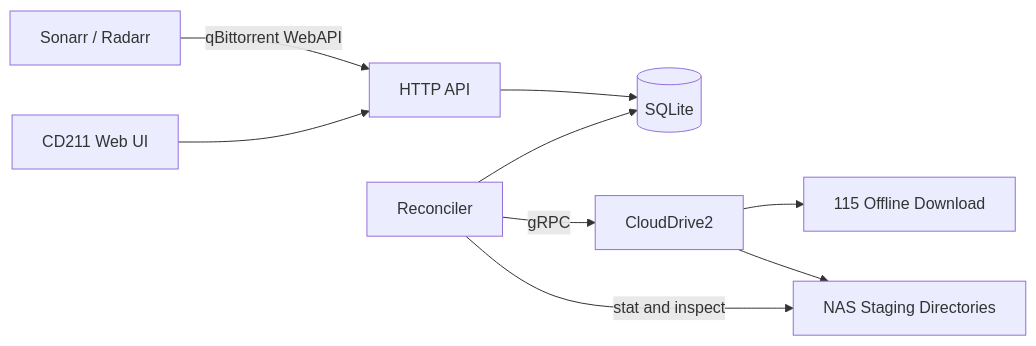
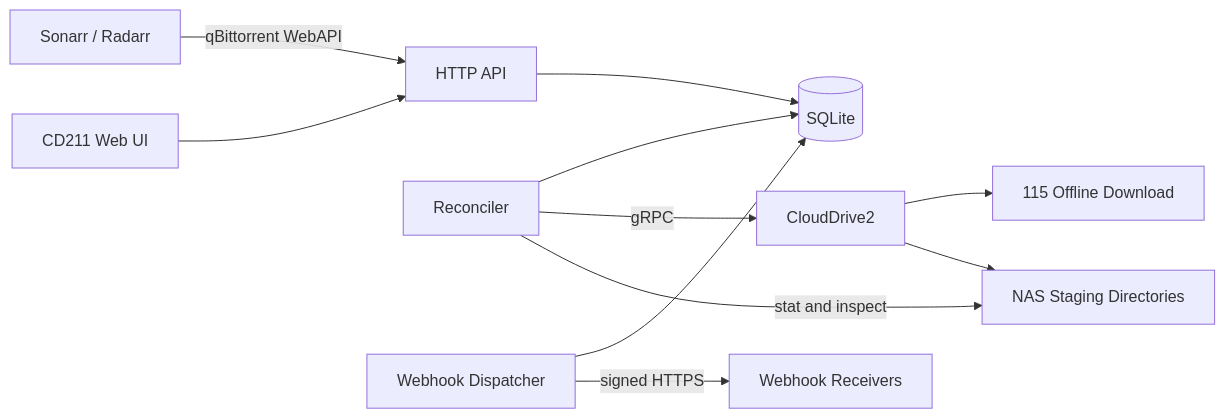
One commit to turygo/cd211 changed the first of 2 diagrams in docs/design.md. Above: the diagram before and after it, drawn with Mermaid. The commit also changed other lines of this file and 37 other files, not shown here.

````diff
--- a/docs/design.md
+++ b/docs/design.md
@@ -86,11 +99,13 @@
 ```mermaid
 flowchart LR
     ARR[Sonarr / Radarr] -->|qBittorrent WebAPI| API[HTTP API]
     WEB[CD211 Web UI] --> API
     API --> DB[(SQLite)]
     REC[Reconciler] --> DB
     REC -->|gRPC| CD2[CloudDrive2]
     CD2 --> CLOUD[115 Offline Download]
     CD2 --> NAS[NAS Staging Directories]
     REC -->|stat and inspect| NAS
+    DISP[Webhook Dispatcher] --> DB
+    DISP -->|signed HTTPS| RX[Webhook Receivers]
 ```
````
